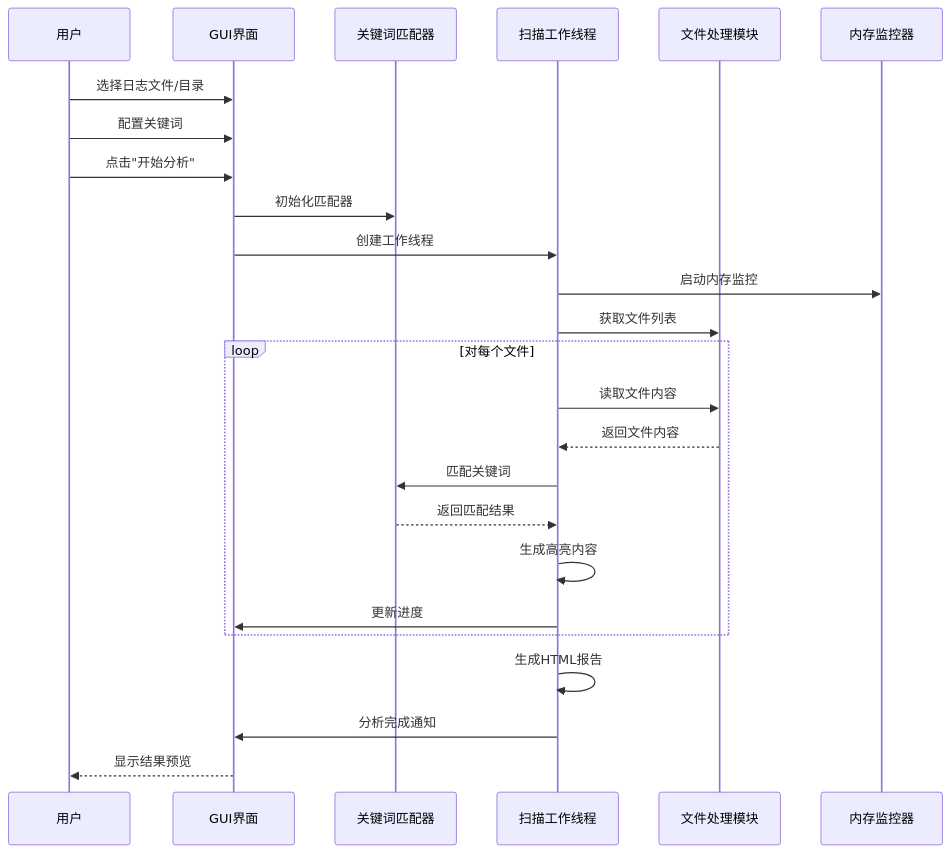
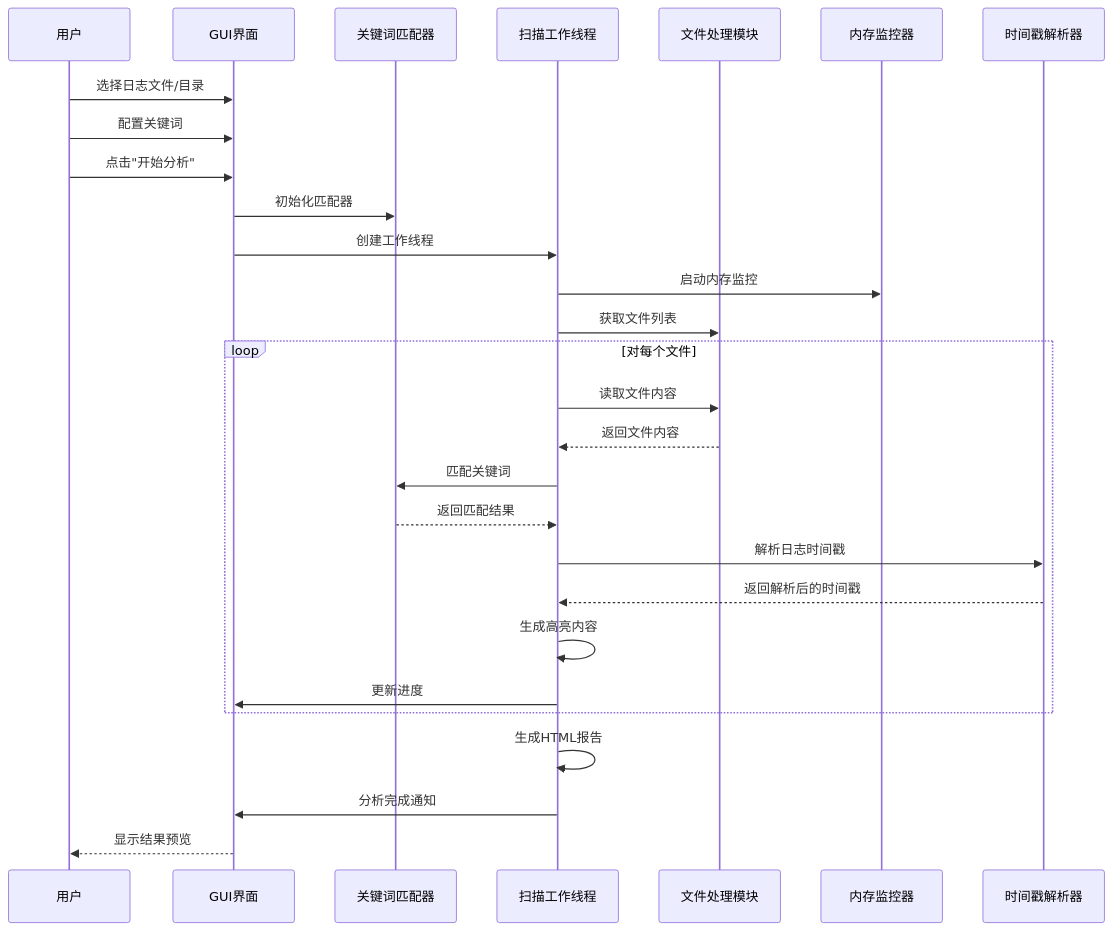
Before and after one commit to ashllll/log_hightlight: the third of 5 diagrams in architecture_and_flowchart.md, drawn with Mermaid. The commit also changed other lines of this file, not shown here.

Commit message:
更新architecture_and_flowchart.md，增强时间戳处理功能文档

````diff
--- a/architecture_and_flowchart.md
+++ b/architecture_and_flowchart.md
@@ -97,31 +102,34 @@
 ```mermaid
 sequenceDiagram
     participant 用户
     participant GUI界面
     participant 关键词匹配器
     participant 扫描工作线程
     participant 文件处理模块
     participant 内存监控器
+    participant 时间戳解析器
     
     用户->>GUI界面: 选择日志文件/目录
     用户->>GUI界面: 配置关键词
     用户->>GUI界面: 点击"开始分析"
     
     GUI界面->>关键词匹配器: 初始化匹配器
     GUI界面->>扫描工作线程: 创建工作线程
     扫描工作线程->>内存监控器: 启动内存监控
     扫描工作线程->>文件处理模块: 获取文件列表
     
     loop 对每个文件
         扫描工作线程->>文件处理模块: 读取文件内容
         文件处理模块-->>扫描工作线程: 返回文件内容
         扫描工作线程->>关键词匹配器: 匹配关键词
         关键词匹配器-->>扫描工作线程: 返回匹配结果
+        扫描工作线程->>时间戳解析器: 解析日志时间戳
+        时间戳解析器-->>扫描工作线程: 返回解析后的时间戳
         扫描工作线程->>扫描工作线程: 生成高亮内容
         扫描工作线程->>GUI界面: 更新进度
     end
     
     扫描工作线程->>扫描工作线程: 生成HTML报告
     扫描工作线程->>GUI界面: 分析完成通知
     GUI界面-->>用户: 显示结果预览
 ```
````
